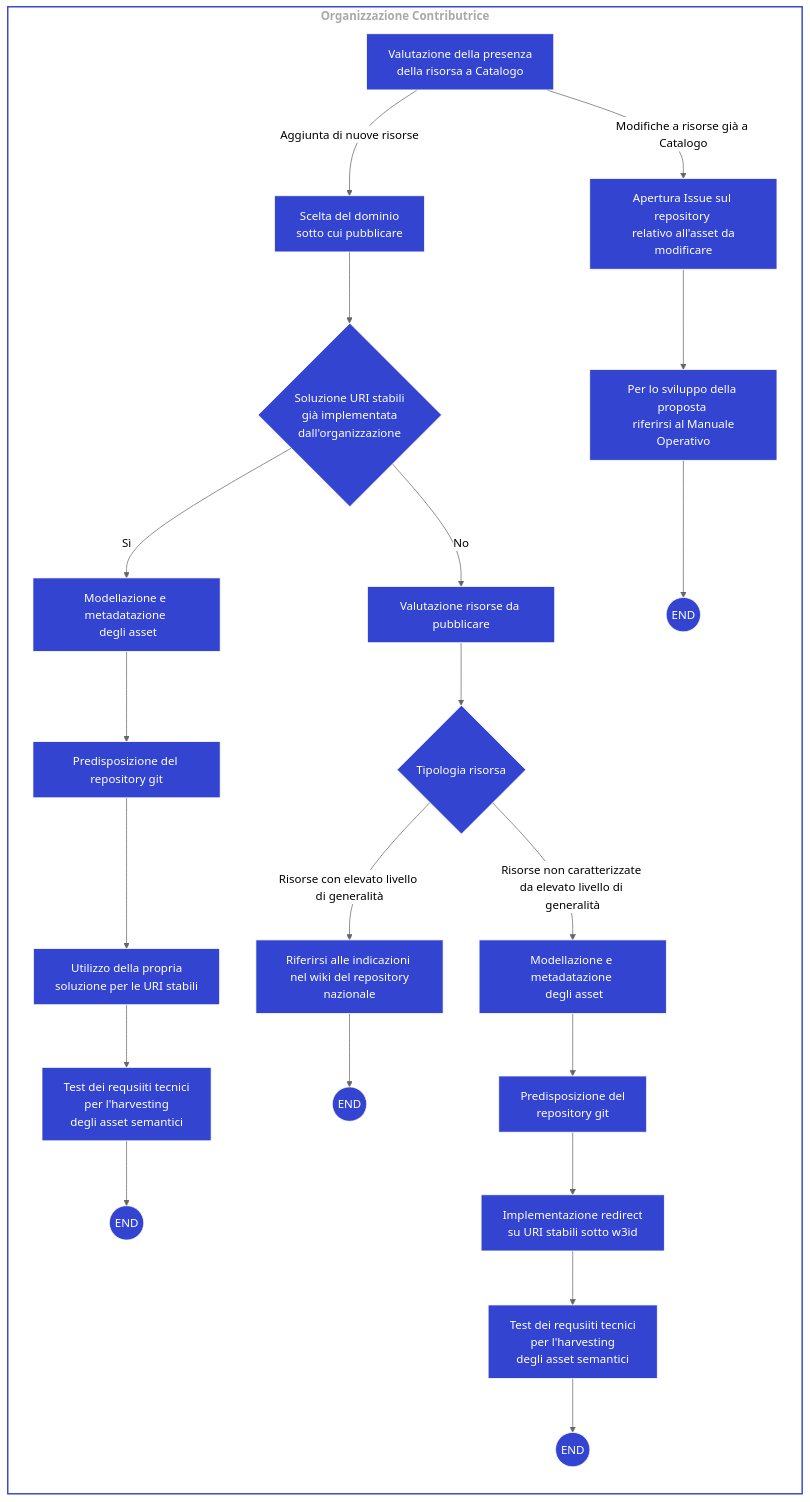
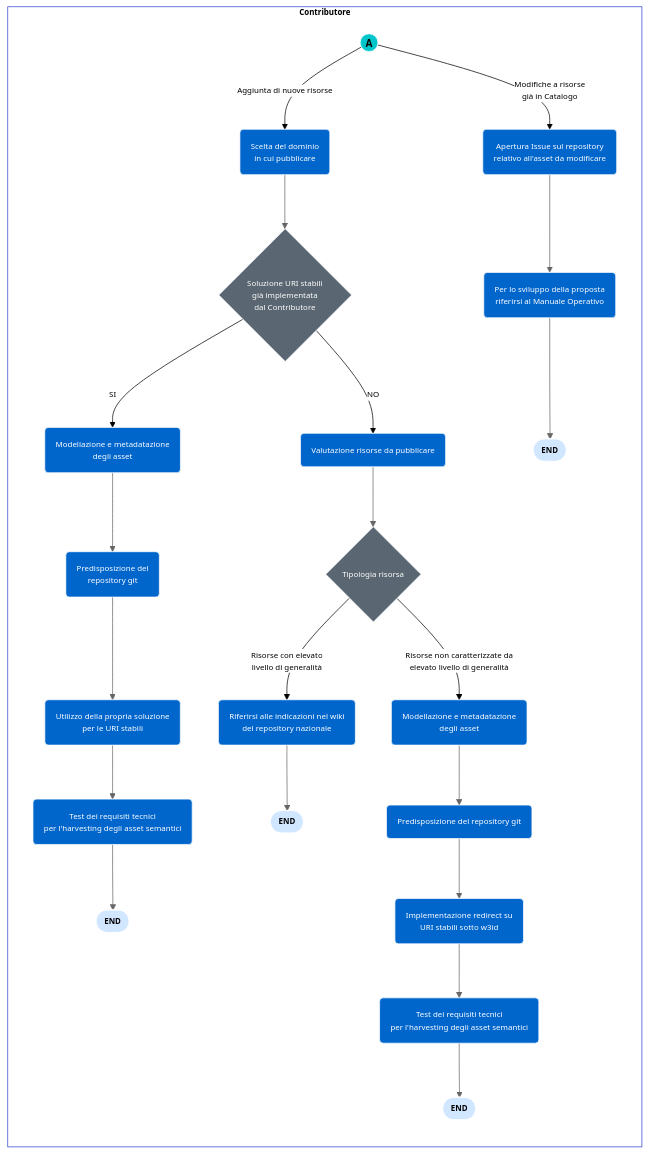
Before and after one commit to teamdigitale/dati-semantic-guida-ndc-docs: the second of 2 diagrams in docs/come-contribuire/attività-propedeutiche-alla-contribuzione-al-catalogo.rst, drawn with Mermaid (neutral theme). The commit also changed other lines of this file, not shown here.

Commit message:
docs/style on flowcharts

```diff
--- a/docs/come-contribuire/attività-propedeutiche-alla-contribuzione-al-catalogo.rst
+++ b/docs/come-contribuire/attività-propedeutiche-alla-contribuzione-al-catalogo.rst
@@ -46,30 +61,45 @@
 .. mermaid::
 
   flowchart TB
-      classDef default stroke:white,color:#fff,clusterBkg:none,fill:#3344d0
-      classDef cluster font-weight: bold,fill:none,color:darkgray,stroke:#3344d0,stroke-width:2px
-      classDef subgraph_padding fill:none, stroke:none, opacity:0
-      classDef bounded_context stroke-dasharray:5 5
-  subgraph Organizzazione Contributrice
-   id9["Valutazione della presenza <br/> della risorsa a Catalogo"]
-   id9--> |Aggiunta di nuove risorse|id30["Scelta del dominio <br/> sotto cui pubblicare"]
-   id30--> id31{"Soluzione URI stabili <br/> già implementata <br/> dall'organizzazione"}
-   id9--> |Modifiche a risorse già a Catalogo|id10["Apertura Issue sul repository <br/> relativo all'asset da modificare"]
-   id10--> id11["Per lo sviluppo della proposta <br/> riferirsi al Manuale Operativo"]
+
+  subgraph Contributore
+   id12((A))
+   id12--> |Aggiunta di nuove risorse|id30("Scelta del dominio <br/>in cui pubblicare")
+   id30--> id31{"Soluzione URI stabili<br/> già implementata<br/> dal Contributore"}
+   id12--> |Modifiche a risorse<br/> già in Catalogo|id10("Apertura Issue sul repository<br/> relativo all'asset da modificare")
+   id10--> id11("Per lo sviluppo della proposta<br/> riferirsi al Manuale Operativo")
    direction TB
-   id31--> |Sì|id15["Modellazione e metadatazione <br/> degli asset"]
-   id15--> id16["Predisposizione del repository git"]
-   id16-->id17["Utilizzo della propria <br/> soluzione per le URI stabili"]
-   id17-->id18["Test dei requsiiti tecnici <br/> per l'harvesting <br/> degli asset semantici"]
-   id31--> |No| id42["Valutazione risorse da pubblicare"]
+   id31--> |SI|id15("Modellazione e metadatazione<br/> degli asset")
+   id15--> id16("Predisposizione del<br/> repository git")
+   id16-->id17("Utilizzo della propria soluzione<br/> per le URI stabili")
+   id17-->id18("Test dei requisiti tecnici<br/> per l'harvesting degli asset semantici")
+   id31--> |NO| id42("Valutazione risorse da pubblicare")
    id42--> id43{"Tipologia risorsa"}
-   id43--> |Risorse con elevato livello di generalità|id44["Riferirsi alle indicazioni <br/> nel wiki del repository nazionale"]
-   id43--> |Risorse non caratterizzate da elevato livello di generalità|id46["Modellazione e metadatazione <br/> degli asset"]
-   id46-->id47["Predisposizione del <br/> repository git"]
-   id47-->id48["Implementazione redirect <br/> su URI stabili sotto w3id"]
-   id48-->id49["Test dei requsiiti tecnici <br/> per l'harvesting <br/> degli asset semantici"]
-   id49-->id50((END))
-   id18-->id40((END))
-   id11-->id41((END))
-   id44-->id45((END))
+   id43--> |Risorse con elevato<br/> livello di generalità|id44("Riferirsi alle indicazioni nel wiki<br/> del repository nazionale")
+   id43--> |Risorse non caratterizzate da<br/> elevato livello di generalità|id46("Modellazione e metadatazione<br/> degli asset")
+   id46-->id47("Predisposizione del  repository git")
+   id47-->id48("Implementazione redirect su <br/>URI stabili sotto w3id")
+   id48-->id49("Test dei requisiti tecnici<br/> per l'harvesting degli asset semantici")
+   id49-->id50([END])
+   id18-->id40([END])
+   id11-->id41([END])
+   id44-->id45([END])
   end
+        classDef default stroke:white,color:#fff,clusterBkg:none,fill:#3344d0
+        classDef cluster font-weight:bold, font-size: 11px, fill:none, color:black, stroke:#3344d0, stroke-width:1px
+        classDef subgraph_padding fill:none, stroke:none, opacity:0 
+        classDef bounded_context stroke-dasharray:5 5
+        linkStyle 0 stroke-width:1px,fill:none,stroke:black, font-size:11px
+        linkStyle 2 stroke-width:1px,fill:none,stroke:black, font-size:11px
+        linkStyle 4 stroke-width:1px,fill:none,stroke:black, font-size:11px
+        linkStyle 8 stroke-width:1px,fill:none,stroke:black, font-size:11px
+        linkStyle 10 stroke-width:1px,fill:none,stroke:black, font-size:11px
+        linkStyle 11 stroke-width:1px,fill:none,stroke:black, font-size:11px
+        class id9,id10,id11,id15,id16,id17,id18,id30,id42,id44,id46,id47,id48,id49 defaultNode
+        classDef defaultNode font-size:11px, fill:#0066CC
+        class id50,id40,id41,id45 startEndNode
+        classDef startEndNode font-size:11px, fill:#d1e7ff, font-weight:bold, color:black
+        class id31,id43 decisionNode
+        classDef decisionNode font-size:11px, fill:#5a6772, color:white
+        class id12 reference
+        classDef reference font-size:14px, fill:#00c5ca, font-weight:bold, color:black
```
